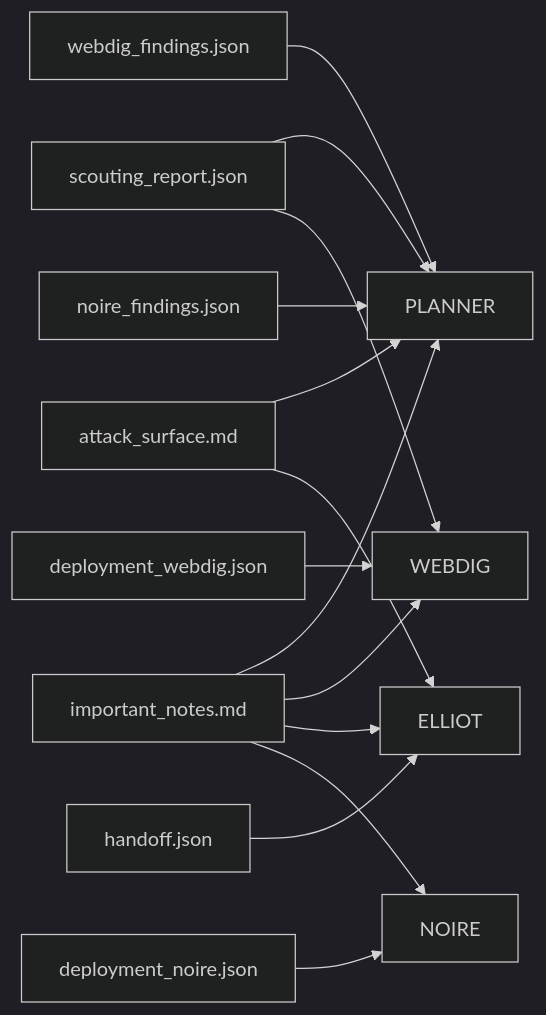
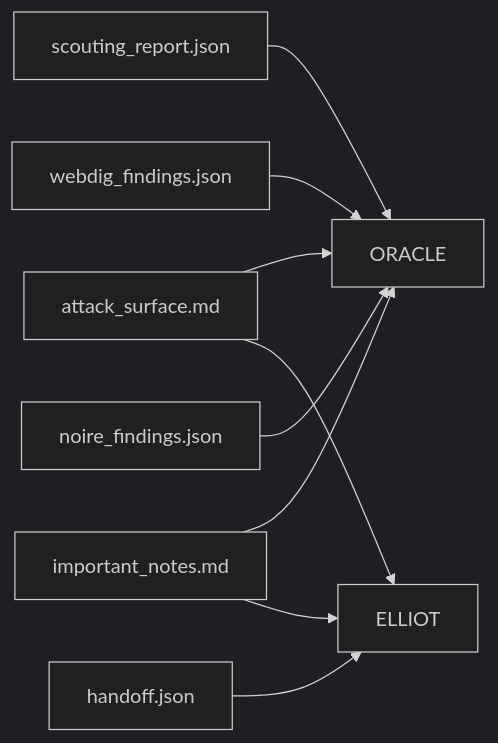
One commit to K3m1st/IRONTHREAD changed the sixth of 9 diagrams in docs/INFRA_WIREFRAME.md. Above: the diagram before and after it, drawn with Mermaid (dark theme). The commit also changed other lines of this file and 39 other files, not shown here.

````diff
--- a/docs/INFRA_WIREFRAME.md
+++ b/docs/INFRA_WIREFRAME.md
@@ -181,16 +137,11 @@
 ```mermaid
 flowchart LR
-    A["scouting_report.json"] --> B["PLANNER"]
-    A --> C["WEBDIG"]
-    D["attack_surface.md"] --> B
-    D --> E["ELLIOT"]
-    F["deployment_webdig.json"] --> C
-    G["webdig_findings.json"] --> B
-    H["handoff.json"] --> E
-    I["deployment_noire.json"] --> J["NOIRE"]
-    K["noire_findings.json"] --> B
-    L["important_notes.md"] --> B
-    L --> C
-    L --> E
-    L --> J
+    A["scouting_report.json"] --> B["ORACLE"]
+    C["attack_surface.md"] --> B
+    C --> D["ELLIOT"]
+    E["webdig_findings.json"] --> B
+    F["noire_findings.json"] --> B
+    G["handoff.json"] --> D
+    H["important_notes.md"] --> B
+    H --> D
 ```
````
